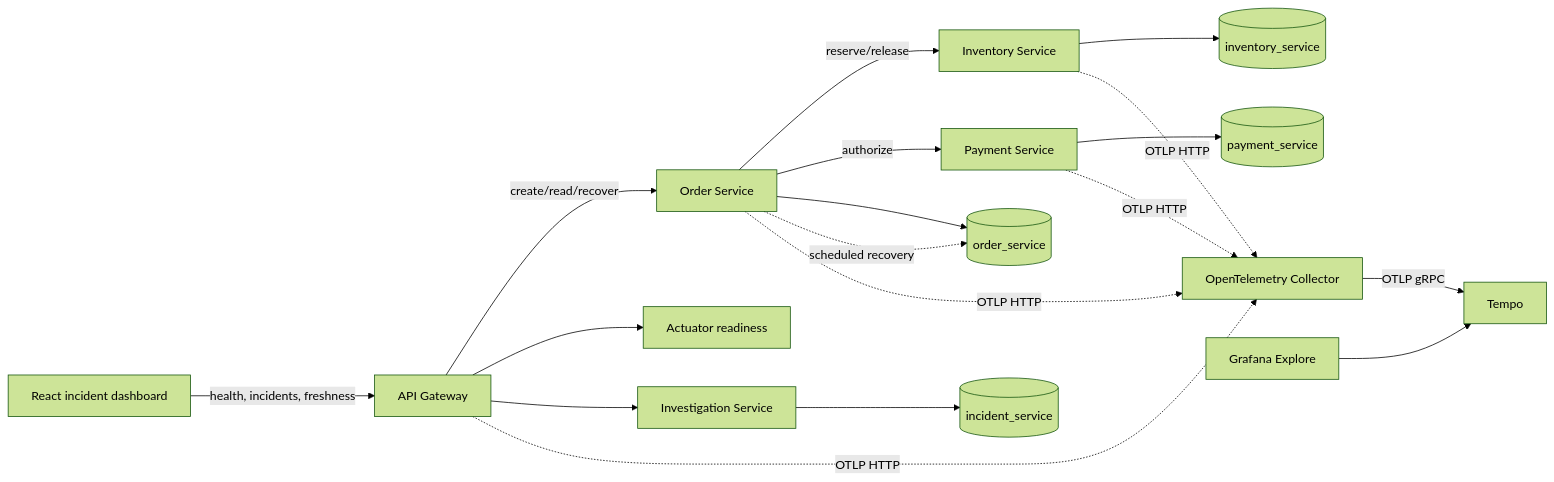
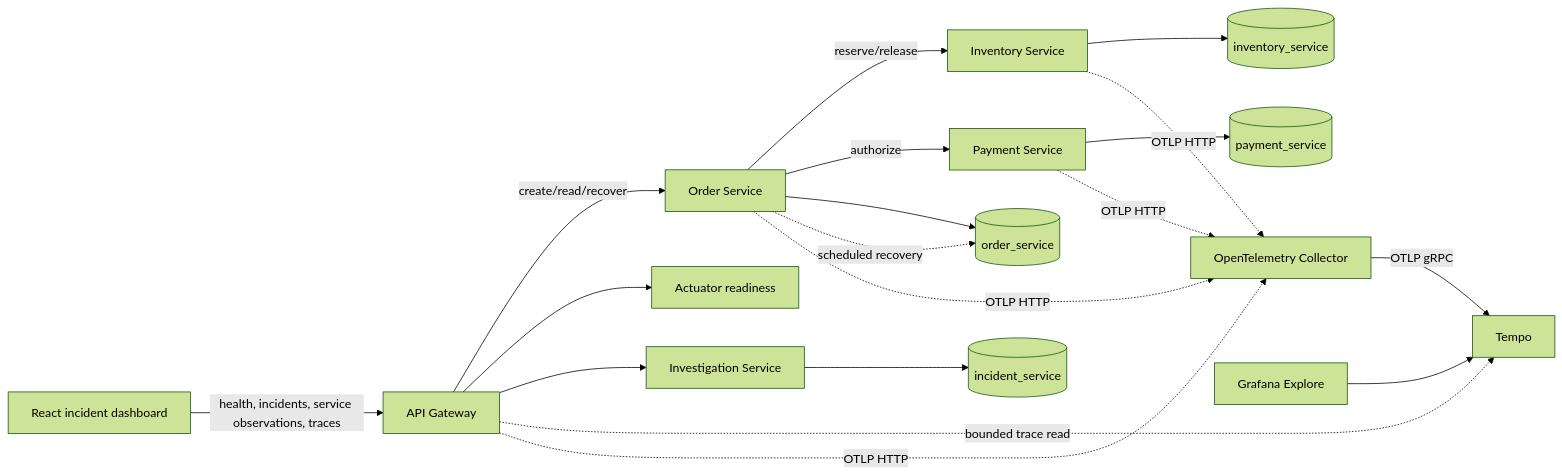
One commit to LohithaK25/TraceForge changed the first of 2 diagrams in docs/architecture.md. Above: the diagram before and after it, drawn with Mermaid (forest theme). The commit also changed other lines of this file and 27 other files, not shown here.

````diff
--- a/docs/architecture.md
+++ b/docs/architecture.md
@@ -7,20 +7,21 @@
 ```mermaid
 flowchart LR
-  Browser[React incident dashboard] -->|health, incidents, freshness| Gateway[API Gateway]
+  Browser[React incident dashboard] -->|health, incidents, service observations, traces| Gateway[API Gateway]
   Gateway -->|create/read/recover| Order[Order Service]
   Order -->|reserve/release| Inventory[Inventory Service]
   Order -->|authorize| Payment[Payment Service]
   Order --> OrderDB[(order_service)]
   Inventory --> InventoryDB[(inventory_service)]
   Payment --> PaymentDB[(payment_service)]
   Order -. scheduled recovery .-> OrderDB
   Gateway --> Actuator[Actuator readiness]
   Gateway --> Investigation[Investigation Service]
   Investigation --> IncidentDB[(incident_service)]
+  Gateway -. bounded trace read .-> Tempo[Tempo]
   Gateway -. OTLP HTTP .-> Collector[OpenTelemetry Collector]
   Order -. OTLP HTTP .-> Collector
   Inventory -. OTLP HTTP .-> Collector
   Payment -. OTLP HTTP .-> Collector
   Collector -->|OTLP gRPC| Tempo[Tempo]
   Grafana[Grafana Explore] --> Tempo
 ```
````
